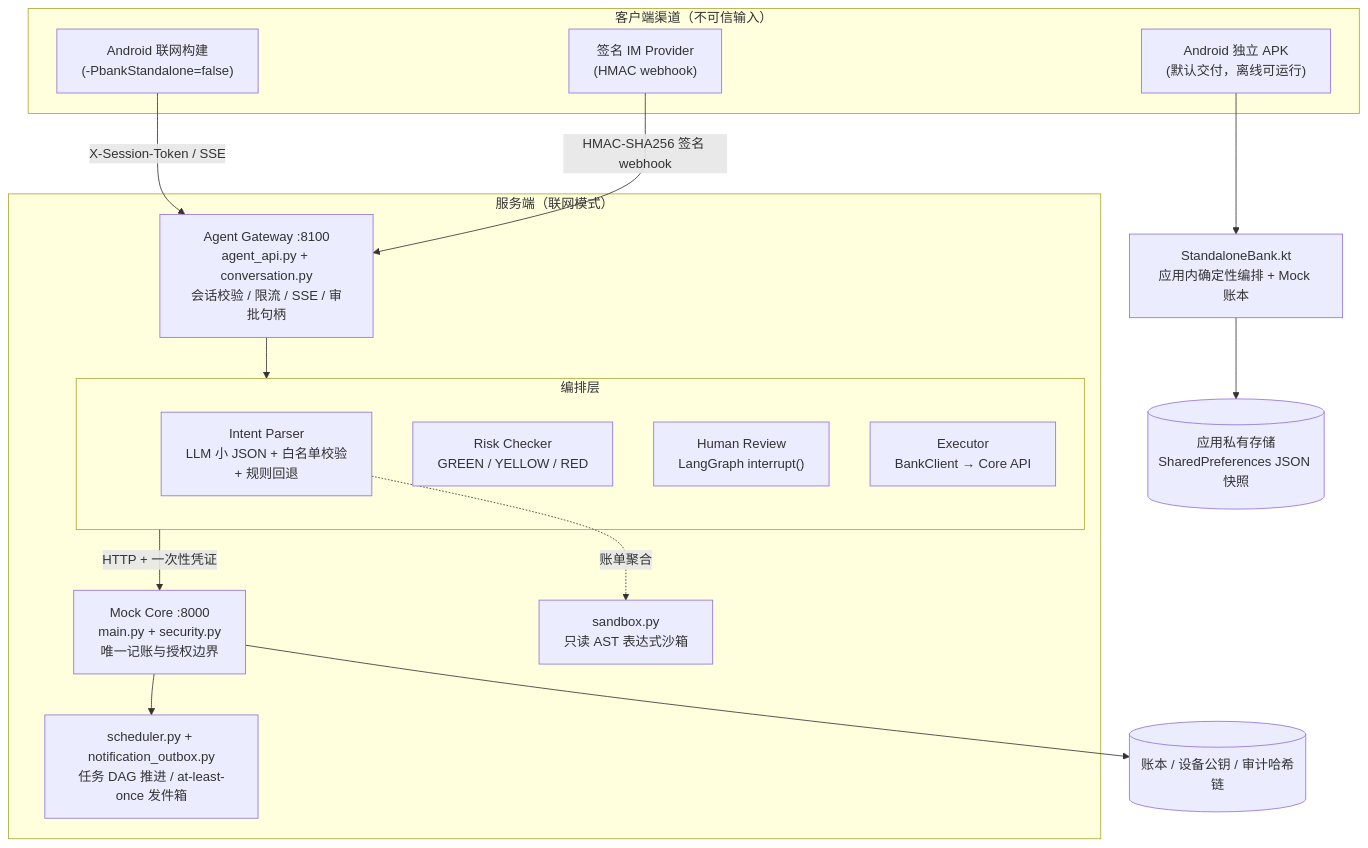
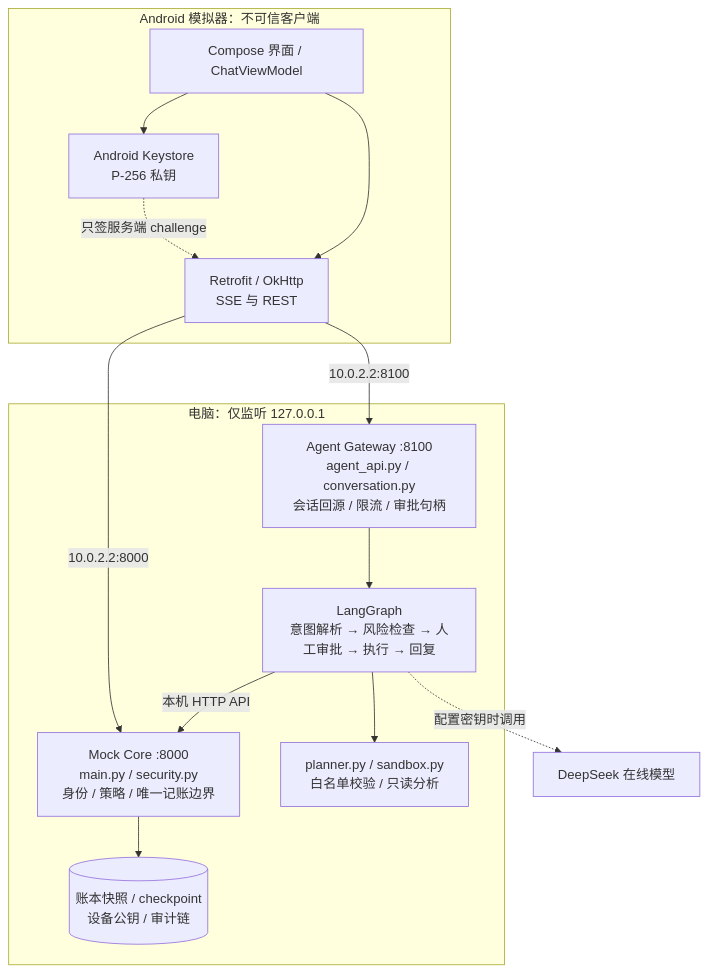
One commit to Zagadka-3906/ai-banking-agent changed the first of 2 diagrams in docs/技术文档.md. Above: the diagram before and after it, drawn with Mermaid. The commit also changed other lines of this file and 136 other files, not shown here.

Commit message:
chore: focus demo on local core and Android emulator

````diff
--- a/docs/技术文档.md
+++ b/docs/技术文档.md
@@ -9,31 +7,23 @@
 ```mermaid
 flowchart TB
-    subgraph Client["客户端渠道（不可信输入）"]
-        A["Android 独立 APK<br/>(默认交付，离线可运行)"]
-        AN["Android 联网构建<br/>(-PbankStandalone=false)"]
-        I["签名 IM Provider<br/>(HMAC webhook)"]
+    subgraph Emulator[Android 模拟器：不可信客户端]
+      UI[Compose 界面 / ChatViewModel]
+      KEY[Android Keystore<br/>P-256 私钥]
+      NET[Retrofit / OkHttp<br/>SSE 与 REST]
+      UI --> NET
+      UI --> KEY
     end
-
-    subgraph Server["服务端（联网模式）"]
-        G["Agent Gateway :8100<br/>agent_api.py + conversation.py<br/>会话校验 / 限流 / SSE / 审批句柄"]
-        subgraph Orch["编排层"]
-            P["Intent Parser<br/>LLM 小 JSON + 白名单校验<br/>+ 规则回退"]
-            R["Risk Checker<br/>GREEN / YELLOW / RED"]
-            H["Human Review<br/>LangGraph interrupt()"]
-            E["Executor<br/>BankClient → Core API"]
-        end
-        C["Mock Core :8000<br/>main.py + security.py<br/>唯一记账与授权边界"]
-        S["sandbox.py<br/>只读 AST 表达式沙箱"]
-        K["scheduler.py + notification_outbox.py<br/>任务 DAG 推进 / at-least-once 发件箱"]
+    subgraph Host[电脑：仅监听 127.0.0.1]
+      GW[Agent Gateway :8100<br/>agent_api.py / conversation.py<br/>会话回源 / 限流 / 审批句柄]
+      GRAPH[LangGraph<br/>意图解析 → 风险检查 → 人工审批 → 执行 → 回复]
+      CORE[Mock Core :8000<br/>main.py / security.py<br/>身份 / 策略 / 唯一记账边界]
+      PLAN[planner.py / sandbox.py<br/>白名单校验 / 只读分析]
+      STORE[(账本快照 / checkpoint<br/>设备公钥 / 审计链)]
+      GW --> GRAPH --> PLAN
+      GRAPH -->|本机 HTTP API| CORE --> STORE
     end
-
-    A --> O["StandaloneBank.kt<br/>应用内确定性编排 + Mock 账本"]
-    O --> L[("应用私有存储<br/>SharedPreferences JSON 快照")]
-    AN -->|X-Session-Token / SSE| G
-    I -->|HMAC-SHA256 签名 webhook| G
-    G --> Orch
-    Orch -->|HTTP + 一次性凭证| C
-    P -.账单聚合.-> S
-    C --> D[("账本 / 设备公钥 / 审计哈希链")]
-    C --> K
+    NET -->|10.0.2.2:8100| GW
+    NET -->|10.0.2.2:8000| CORE
+    KEY -.只签服务端 challenge.-> NET
+    GRAPH -.配置密钥时调用.-> LLM[DeepSeek 在线模型]
 ```
````
